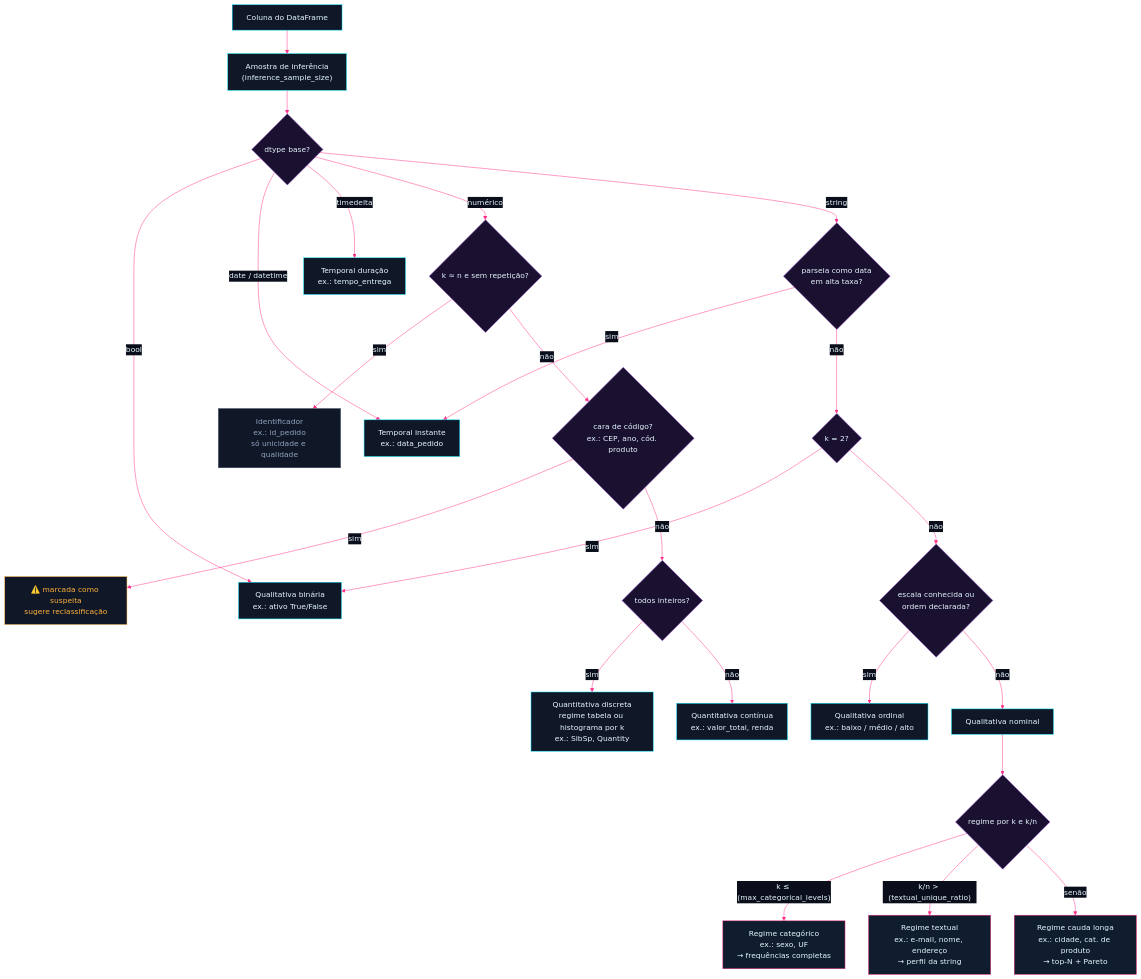
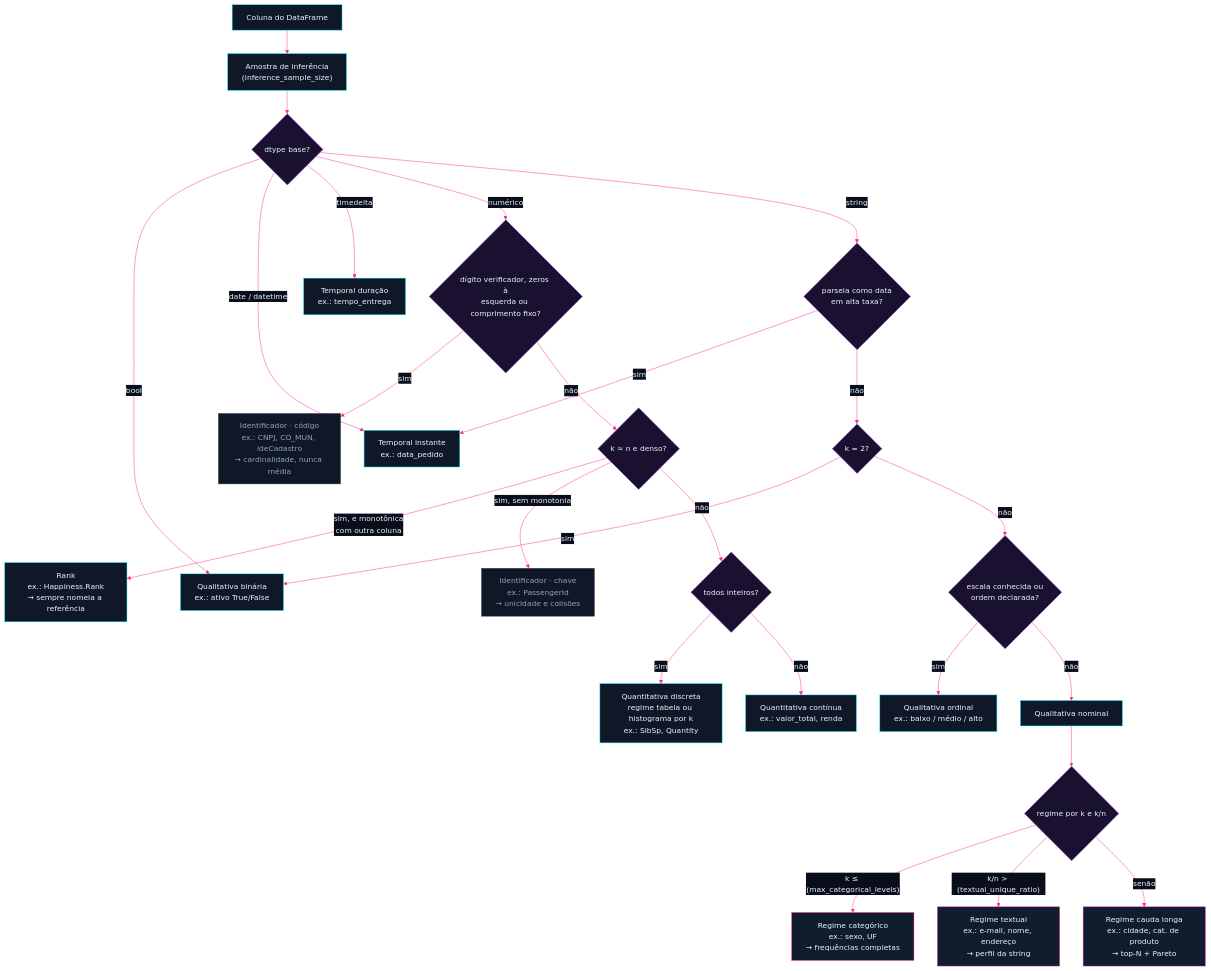
One commit to SamNKB/maat changed the first of 2 diagrams in docs/fluxo-de-analises.md. Above: the diagram before and after it, drawn with Mermaid. The commit also changed other lines of this file and 6 other files, not shown here.

````diff
--- a/docs/fluxo-de-analises.md
+++ b/docs/fluxo-de-analises.md
@@ -26,42 +26,42 @@
 ```mermaid
 %%{init: {'theme':'base','themeVariables':{'primaryColor':'#101828','primaryTextColor':'#E6F7FF','primaryBorderColor':'#00E5FF','lineColor':'#FF2E88','textColor':'#E6F7FF','edgeLabelBackground':'#0A0E1A','fontFamily':'Rajdhani, Segoe UI, sans-serif'}}}%%
 flowchart TD
     A[Coluna do DataFrame] --> S["Amostra de inferência<br/>(inference_sample_size)"]
     S --> B{dtype base?}
 
     B -->|bool| BIN["Qualitativa binária<br/>ex.: ativo True/False"]
     B -->|date / datetime| T1["Temporal instante<br/>ex.: data_pedido"]
     B -->|timedelta| T2["Temporal duração<br/>ex.: tempo_entrega"]
 
-    B -->|numérico| N1{"k ≈ n e sem repetição?"}
-    N1 -->|sim| ID["Identificador<br/>ex.: id_pedido<br/>só unicidade e qualidade"]
-    N1 -->|não| N2{"cara de código?<br/>ex.: CEP, ano, cód. produto"}
-    N2 -->|sim| WARN["⚠️ marcada como suspeita<br/>sugere reclassificação"]
-    N2 -->|não| N3{"todos inteiros?"}
+    B -->|numérico| N2{"dígito verificador, zeros à<br/>esquerda ou comprimento fixo?"}
+    N2 -->|sim| COD["Identificador · código<br/>ex.: CNPJ, CO_MUN, ideCadastro<br/>→ cardinalidade, nunca média"]
+    N2 -->|não| N1{"k ≈ n e denso?"}
+    N1 -->|"sim, e monotônica<br/>com outra coluna"| RANK["Rank<br/>ex.: Happiness.Rank<br/>→ sempre nomeia a referência"]
+    N1 -->|"sim, sem monotonia"| ID["Identificador · chave<br/>ex.: PassengerId<br/>→ unicidade e colisões"]
+    N1 -->|não| N3{"todos inteiros?"}
     N3 -->|sim| DIS["Quantitativa discreta<br/>regime tabela ou histograma por k<br/>ex.: SibSp, Quantity"]
     N3 -->|não| CON["Quantitativa contínua<br/>ex.: valor_total, renda"]
 
     B -->|string| S1{"parseia como data<br/>em alta taxa?"}
     S1 -->|sim| T1
     S1 -->|não| S2{"k = 2?"}
     S2 -->|sim| BIN
     S2 -->|não| S3{"escala conhecida ou<br/>ordem declarada?"}
     S3 -->|sim| ORD["Qualitativa ordinal<br/>ex.: baixo / médio / alto"]
     S3 -->|não| NOM[Qualitativa nominal]
 
     NOM --> R{"regime por k e k/n"}
     R -->|"k ≤ (max_categorical_levels)"| RC["Regime categórico<br/>ex.: sexo, UF<br/>→ frequências completas"]
     R -->|"k/n > (textual_unique_ratio)"| RT["Regime textual<br/>ex.: e-mail, nome, endereço<br/>→ perfil da string"]
     R -->|senão| RL["Regime cauda longa<br/>ex.: cidade, cat. de produto<br/>→ top-N + Pareto"]
 
     classDef tipo fill:#101828,stroke:#00E5FF,color:#E6F7FF
     classDef decisao fill:#1A1030,stroke:#9D4EDD,color:#E6F7FF
     classDef aviso fill:#101828,stroke:#FFB03A,color:#FFB03A
     classDef neutro fill:#101828,stroke:#3A4A63,color:#8FA3BF
     classDef regime fill:#0F1D2E,stroke:#FF2E88,color:#E6F7FF
-    class A,S,BIN,T1,T2,DIS,CON,ORD,NOM tipo
+    class A,S,BIN,T1,T2,DIS,CON,ORD,NOM,RANK tipo
     class B,N1,N2,N3,S1,S2,S3,R decisao
-    class WARN aviso
-    class ID neutro
+    class ID,COD neutro
     class RC,RT,RL regime
 ```
````
